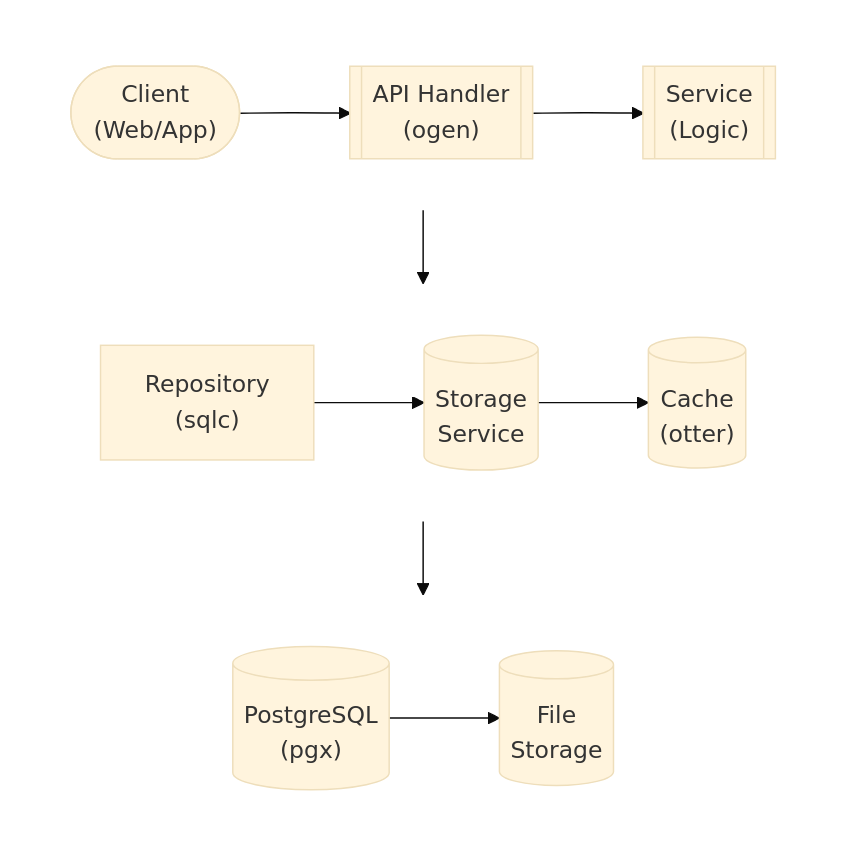
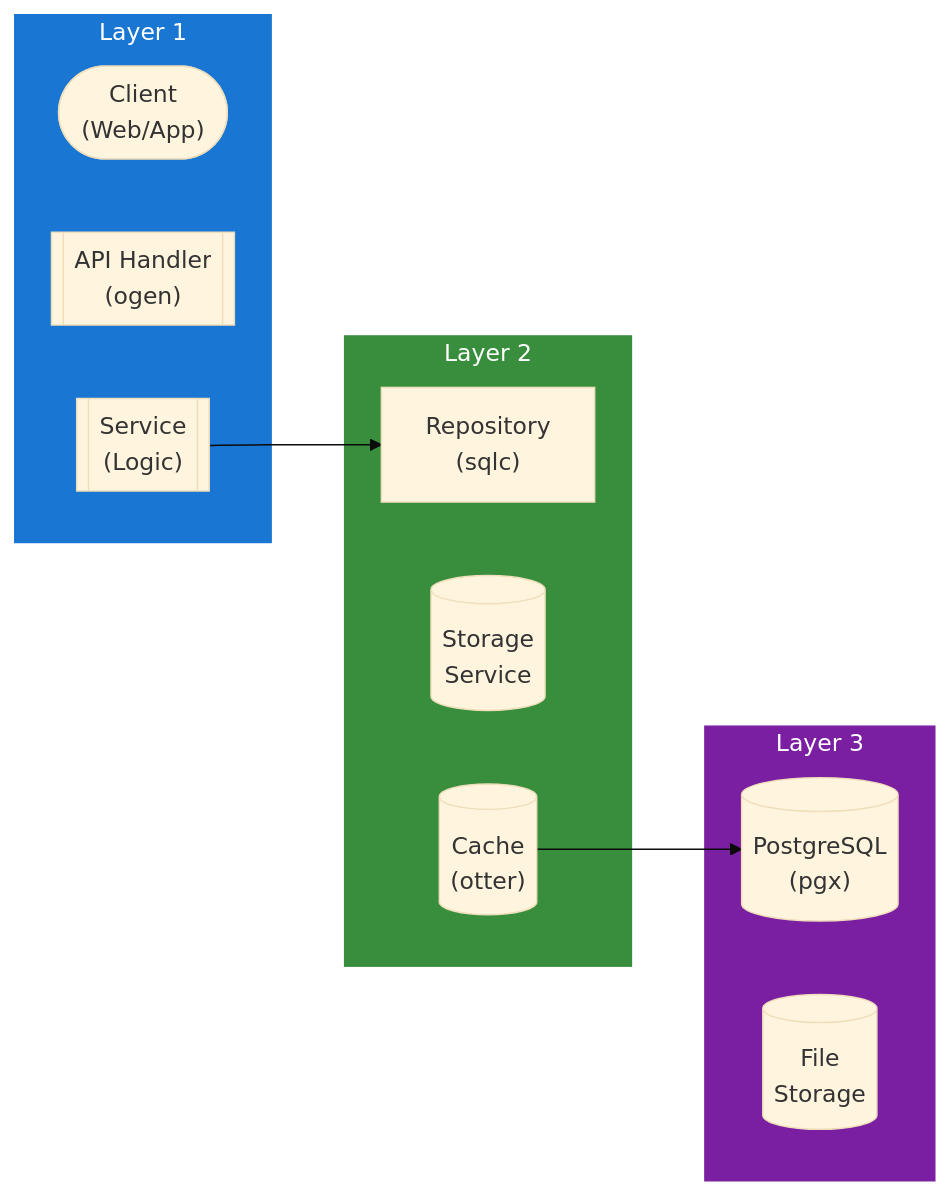
Before and after one commit to lusoris/revenge: the diagram in docs/dev/design/services/USER.md, drawn with Mermaid (base theme). The commit also changed 215 other files, not shown here.

First line of the commit message:
feat(diagrams): convert all ASCII diagrams to Mermaid with LR subgraphs

````diff
--- a/docs/dev/design/services/USER.md
+++ b/docs/dev/design/services/USER.md
@@ -63,32 +63,28 @@
 ```mermaid
-flowchart TD
-    subgraph row1[ ]
-        direction LR
+flowchart LR
+    subgraph Layer1["Layer 1"]
         node1(["Client<br/>(Web/App)"])
         node2[["API Handler<br/>(ogen)"]]
         node3[["Service<br/>(Logic)"]]
     end
-    subgraph row2[ ]
-        direction LR
+
+    subgraph Layer2["Layer 2"]
         node4["Repository<br/>(sqlc)"]
         node5[("Storage<br/>Service")]
         node6[("Cache<br/>(otter)")]
     end
-    subgraph row3[ ]
-        direction LR
+
+    subgraph Layer3["Layer 3"]
         node7[("PostgreSQL<br/>(pgx)")]
         node8[("File<br/>Storage")]
     end
-    node1 --> node2
-    node2 --> node3
-    node4 --> node5
-    node5 --> node6
-    node7 --> node8
+
+    %% Connections
     node3 --> node4
     node6 --> node7
 
-    %% Hide row subgraph borders
-    style row1 fill:transparent,stroke:transparent
-    style row2 fill:transparent,stroke:transparent
-    style row3 fill:transparent,stroke:transparent
+    %% Styling
+    style Layer1 fill:#1976D2,stroke:#1976D2,color:#fff
+    style Layer2 fill:#388E3C,stroke:#388E3C,color:#fff
+    style Layer3 fill:#7B1FA2,stroke:#7B1FA2,color:#fff
 ```
````
